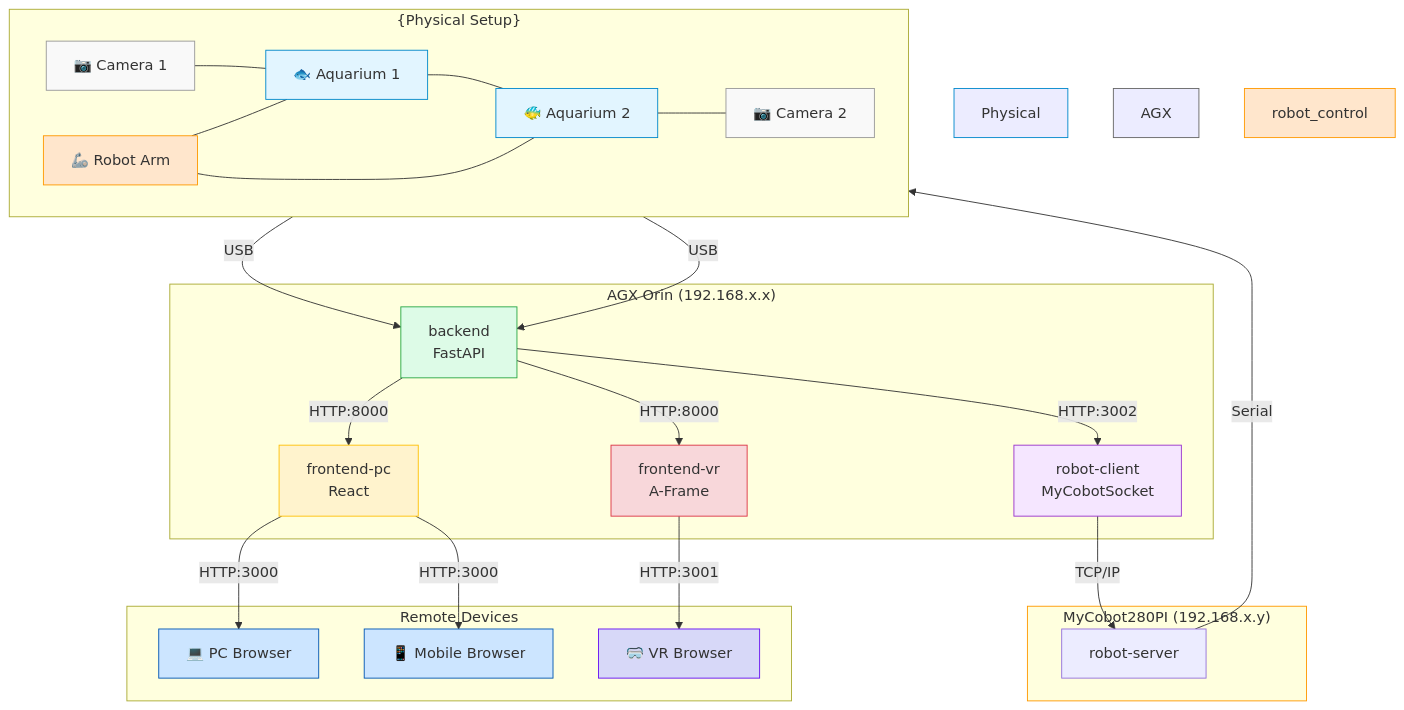
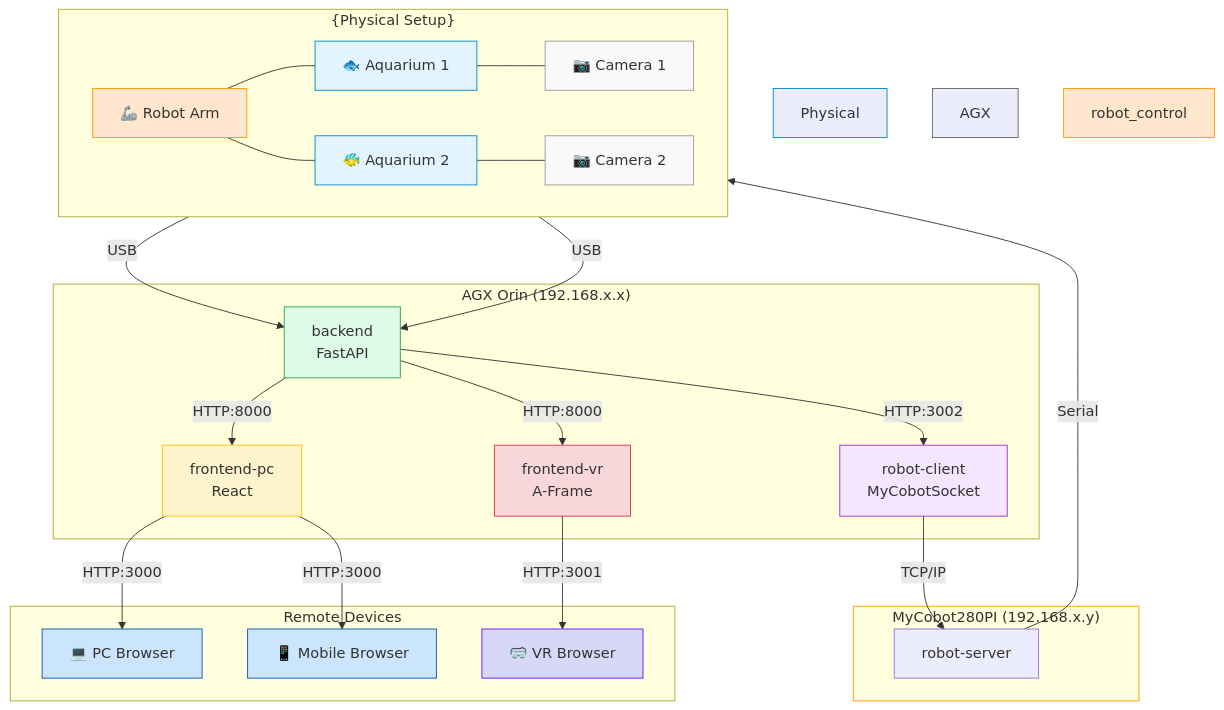
Before and after one commit to hu-po/aquarius: the diagram in README.md, drawn with Mermaid.

````diff
--- a/README.md
+++ b/README.md
@@ -33,56 +33,55 @@
 ```mermaid
 flowchart TB
     subgraph Physical Setup["{Physical Setup}"]
         direction LR
-        camera1["📷 Camera 1"] --- aquarium1["🐟 Aquarium 1"]
-        aquarium1 --- aquarium2["🐠 Aquarium 2"]
-        aquarium2 --- camera2["📷 Camera 2"]
+        aquarium1["🐟 Aquarium 1"]--- camera1["📷 Camera 1"]
+        aquarium2["🐠 Aquarium 2"]--- camera2["📷 Camera 2"]
         robot_arm["🦾 Robot Arm"] --- aquarium1
         robot_arm --- aquarium2
     end
     
     subgraph AGX Orin["AGX Orin (192.168.x.x)"]
-        backend["backend\nFastAPI"]
-        fe_pc["frontend-pc\nReact"]
-        fe_vr["frontend-vr\nA-Frame"]
+        backend["backend\n FastAPI"]
+        fe_pc["frontend-pc\n React"]
+        fe_vr["frontend-vr\n A-Frame"]
         robot_client["robot-client\nMyCobotSocket"]
         backend -- "HTTP:8000" --> fe_pc
         backend -- "HTTP:8000" --> fe_vr
         backend -- "HTTP:3002" --> robot_client
     end
     
     subgraph Robot["MyCobot280PI (192.168.x.y)"]
         robot_server["robot-server"]
     end
     
     subgraph Remote Devices
         pc["💻 PC Browser"]
         vr["🥽 VR Browser"]
         phone["📱 Mobile Browser"]
     end
     
     camera1 -- "USB" --> backend
     camera2 -- "USB" --> backend
     fe_pc -- "HTTP:3000" --> pc
     fe_pc -- "HTTP:3000" --> phone
     fe_vr -- "HTTP:3001" --> vr
     robot_client -- "TCP/IP" --> robot_server
     robot_server -- "Serial" --> robot_arm
 
     style Physical Setup fill:#e8f4ff,stroke:#0088cc
     style aquarium1 fill:#e2f5ff,stroke:#0088cc
     style aquarium2 fill:#e2f5ff,stroke:#0088cc
     style AGX Orin fill:#f5f5f5,stroke:#666666
     style camera1 fill:#f9f9f9,stroke:#999999
     style camera2 fill:#f9f9f9,stroke:#999999
     style backend fill:#ddfbe7,stroke:#28a745
     style fe_pc fill:#fff3cd,stroke:#ffc107
     style fe_vr fill:#f8d7da,stroke:#dc3545
     style pc fill:#cce5ff,stroke:#0056b3
     style vr fill:#d7d8f8,stroke:#6610f2
     style phone fill:#cce5ff,stroke:#0056b3
     style Robot Pi fill:#ffe6cc,stroke:#ff9900
     style robot_client fill:#f5e6ff,stroke:#9933cc
     style robot_control fill:#ffe6cc,stroke:#ff9900
     style robot_arm fill:#ffe6cc,stroke:#ff9900
 ```
````
